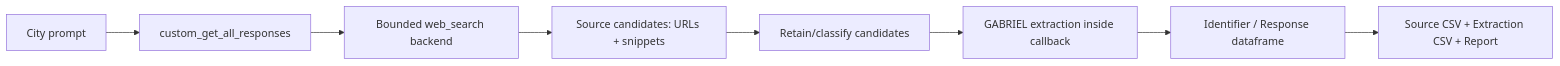
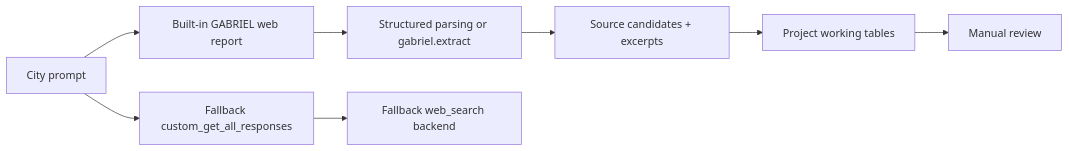
Before and after one commit to dkyaya/gabriel-wages: the diagram in docs/analysis/gabriel_websearch_thursday_report_draft_2026-07-01.md, drawn with Mermaid. The commit also changed other lines of this file and 7 other files, not shown here.

Commit message:
Reframe GABRIEL web search report around built-in web mode

````diff
--- a/docs/analysis/gabriel_websearch_thursday_report_draft_2026-07-01.md
+++ b/docs/analysis/gabriel_websearch_thursday_report_draft_2026-07-01.md
@@ -166,10 +200,10 @@
 ```mermaid
 flowchart LR
-  A[City prompt] --> B[custom_get_all_responses]
-  B --> C[Bounded web_search backend]
-  C --> D[Source candidates: URLs + snippets]
-  D --> E[Retain/classify candidates]
-  E --> F[GABRIEL extraction inside callback]
-  F --> G[Identifier / Response dataframe]
-  G --> H[Source CSV + Extraction CSV + Report]
+  A[City prompt] --> B[Built-in GABRIEL web report]
+  B --> C[Structured parsing or gabriel.extract]
+  C --> D[Source candidates + excerpts]
+  D --> E[Project working tables]
+  E --> F[Manual review]
+  A --> G[Fallback custom_get_all_responses]
+  G --> H[Fallback web_search backend]
 ```
````
